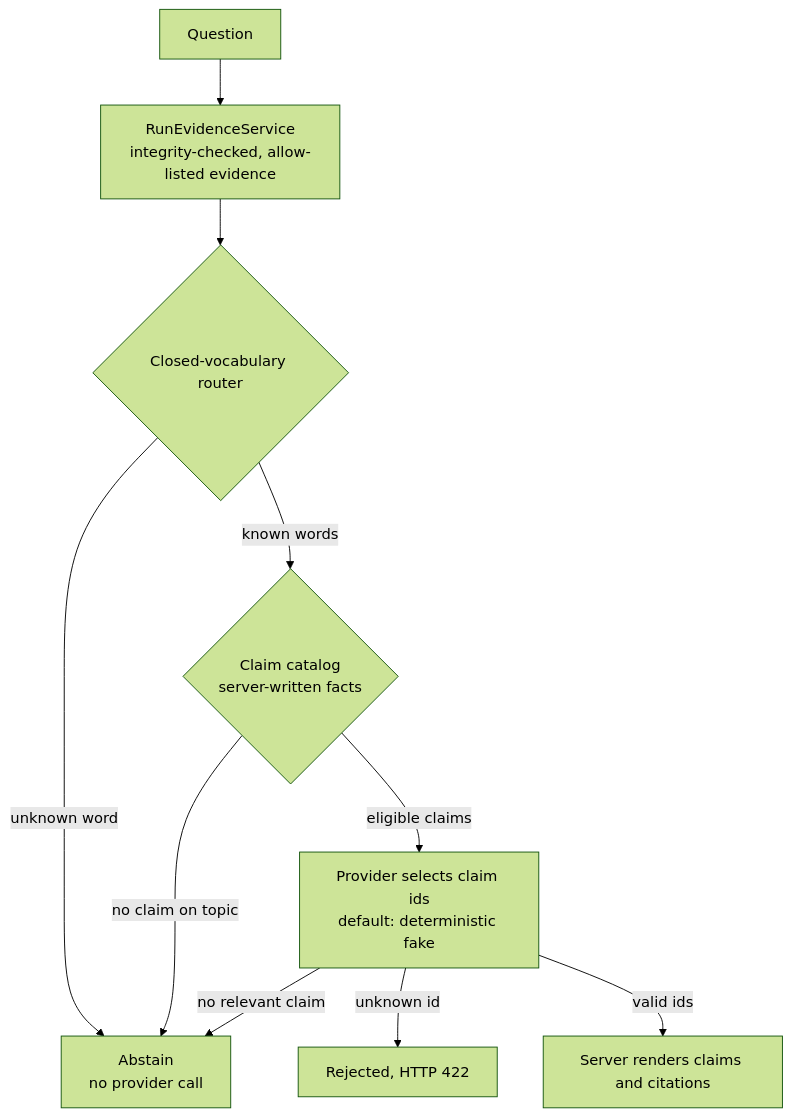
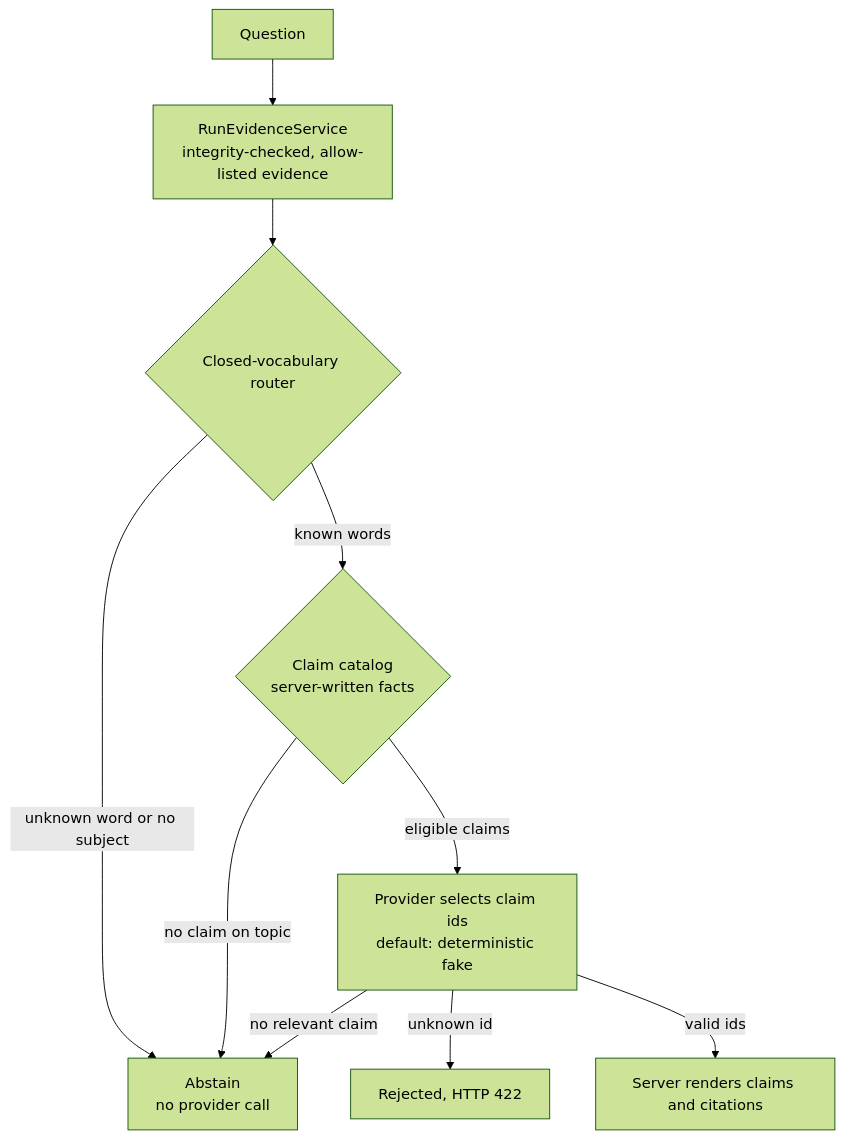
One commit to azizbenammar7/FootballAi changed the second of 3 diagrams in docs/portfolio/ARCHITECTURE_CURRENT.md. Above: the diagram before and after it, drawn with Mermaid (forest theme). The commit also changed other lines of this file and 27 other files, not shown here.

````diff
--- a/docs/portfolio/ARCHITECTURE_CURRENT.md
+++ b/docs/portfolio/ARCHITECTURE_CURRENT.md
@@ -58,12 +58,12 @@
 ```mermaid
 flowchart TD
     q["Question"] --> evidence["RunEvidenceService<br/>integrity-checked, allow-listed evidence"]
     evidence --> router{"Closed-vocabulary router"}
-    router -- "unknown word" --> abstain["Abstain<br/>no provider call"]
+    router -- "unknown word or no subject" --> abstain["Abstain<br/>no provider call"]
     router -- "known words" --> catalog{"Claim catalog<br/>server-written facts"}
     catalog -- "no claim on topic" --> abstain
     catalog -- "eligible claims" --> select["Provider selects claim ids<br/>default: deterministic fake"]
     select -- "unknown id" --> reject["Rejected, HTTP 422"]
     select -- "no relevant claim" --> abstain
     select -- "valid ids" --> render["Server renders claims and citations"]
 ```
````
